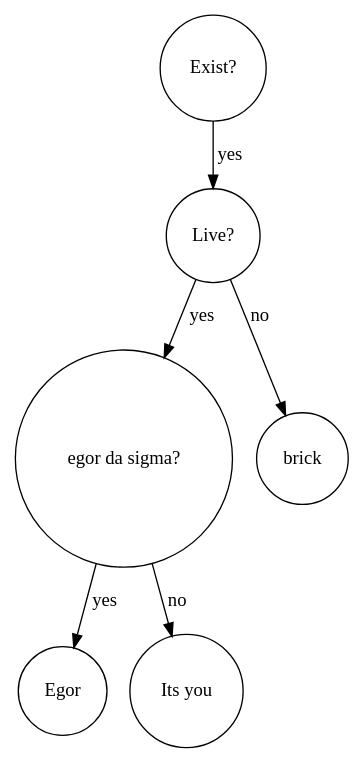
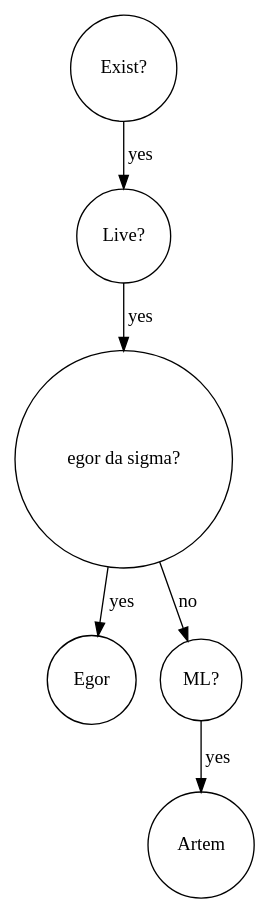
Before and after one commit to fl4cko11/Huawei_MIPT: the diagram in tree/akinator/bst_visual_log/bst_5.dot, drawn with Graphviz. The commit also changed 21 other files, not shown here.

```diff
--- a/tree/akinator/bst_visual_log/bst_5.dot
+++ b/tree/akinator/bst_visual_log/bst_5.dot
@@ -1,8 +1,8 @@
 digraph BST {
     node [shape=circle];
     "Exist?" -> "Live?" [label="yes"];
     "Live?" -> "egor da sigma?" [label="yes"];
-    "Live?" -> "brick" [label="no"];
     "egor da sigma?" -> "Egor" [label="yes"];
-    "egor da sigma?" -> "Its you" [label="no"];
+    "egor da sigma?" -> "ML?" [label="no"];
+    "ML?" -> "Artem" [label="yes"];
 }
```
